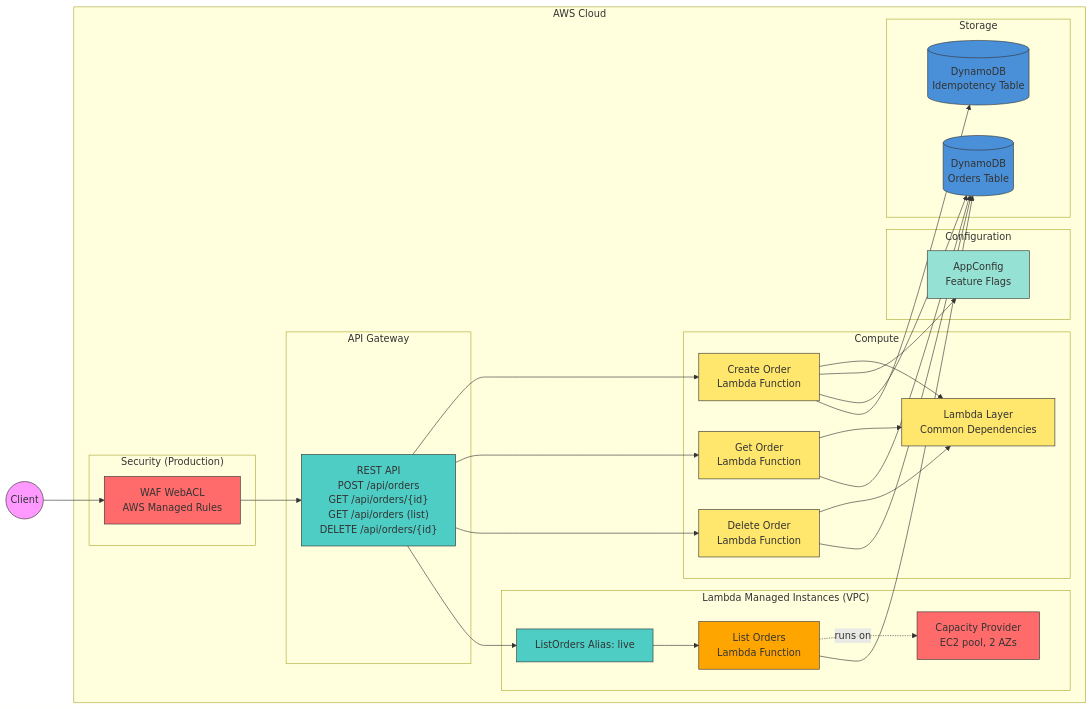
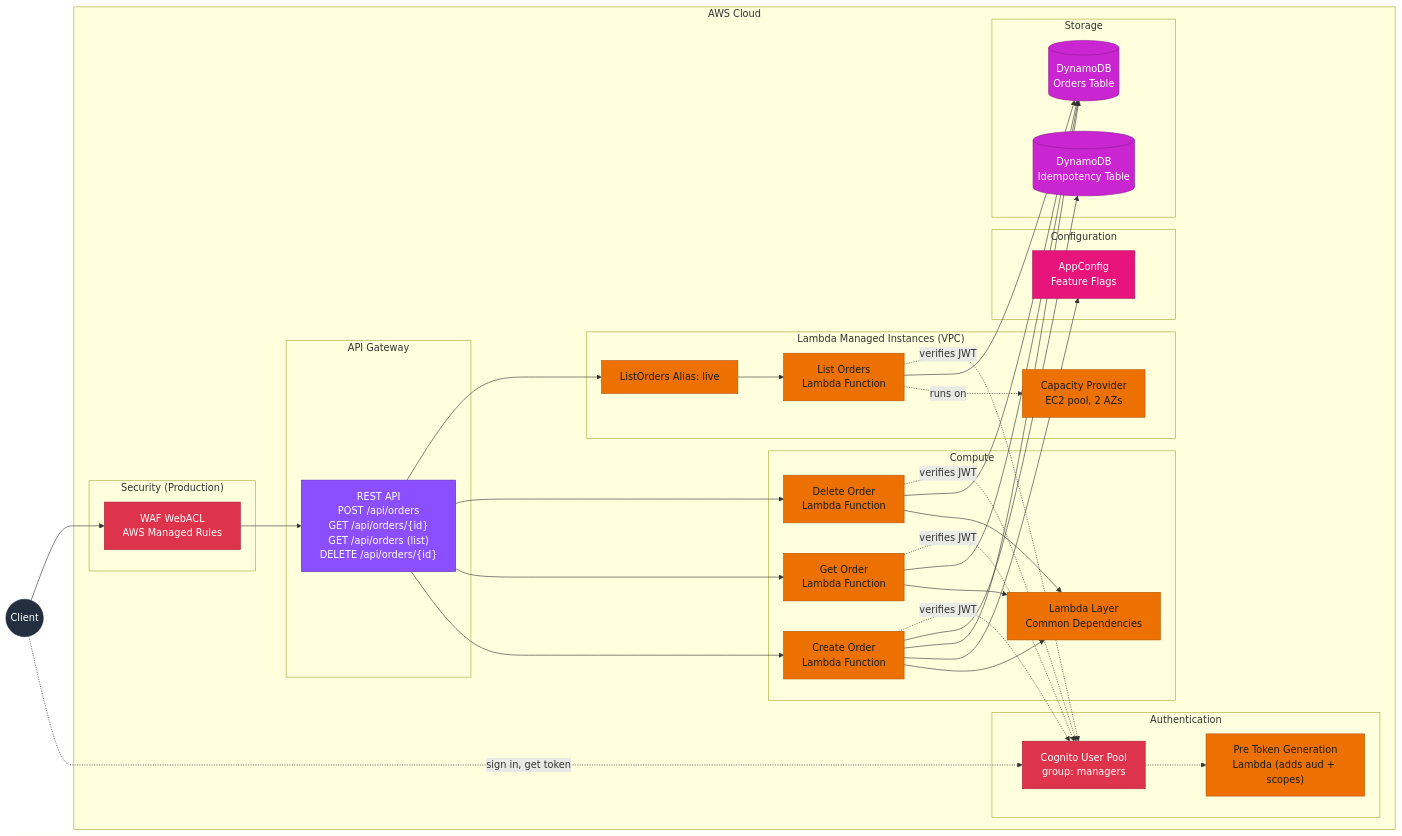
Before and after one commit to ran-isenberg/aws-lambda-handler-cookbook: the first of 2 diagrams in README.md, drawn with Mermaid. The commit also changed other lines of this file and 66 other files, not shown here.

First line of the commit message:
feature: Cognito authentication and per-user order ownership (#1080)

````diff
--- a/README.md
+++ b/README.md
@@ -90,66 +92,76 @@
 ```mermaid
 flowchart LR
     subgraph AWS["AWS Cloud"]
         subgraph APIGW["API Gateway"]
             REST["REST API<br/>POST /api/orders<br/>GET /api/orders/{id}<br/>GET /api/orders (list)<br/>DELETE /api/orders/{id}"]
         end
 
         subgraph Security["Security (Production)"]
             WAF["WAF WebACL<br/>AWS Managed Rules"]
         end
 
         subgraph Compute["Compute"]
             CREATE["Create Order<br/>Lambda Function"]
             GET["Get Order<br/>Lambda Function"]
             DELETE["Delete Order<br/>Lambda Function"]
             LAYER["Lambda Layer<br/>Common Dependencies"]
         end
 
         subgraph LMI["Lambda Managed Instances (VPC)"]
             LIST_ALIAS["ListOrders Alias: live"]
             LIST["List Orders<br/>Lambda Function"]
             CP["Capacity Provider<br/>EC2 pool, 2 AZs"]
         end
 
+        subgraph Auth["Authentication"]
+            COGNITO["Cognito User Pool<br/>group: managers"]
+            PRETOKEN["Pre Token Generation<br/>Lambda (adds aud + scopes)"]
+        end
+
         subgraph Config["Configuration"]
             APPCONFIG["AppConfig<br/>Feature Flags"]
         end
 
         subgraph Storage["Storage"]
             DDB[("DynamoDB<br/>Orders Table")]
             IDEMPOTENCY[("DynamoDB<br/>Idempotency Table")]
         end
     end
 
-    CLIENT((Client)) --> WAF
+    CLIENT((Client)) -.sign in, get token.-> COGNITO
+    COGNITO -.-> PRETOKEN
+    CLIENT --> WAF
     WAF --> REST
     REST --> CREATE
     REST --> GET
     REST --> DELETE
     REST --> LIST_ALIAS
     LIST_ALIAS --> LIST
     LIST -.runs on.-> CP
     CREATE --> LAYER
     GET --> LAYER
     DELETE --> LAYER
     CREATE --> APPCONFIG
     CREATE --> DDB
     CREATE --> IDEMPOTENCY
     GET --> DDB
     DELETE --> DDB
     LIST --> DDB
+    CREATE -.verifies JWT.-> COGNITO
+    GET -.verifies JWT.-> COGNITO
+    DELETE -.verifies JWT.-> COGNITO
+    LIST -.verifies JWT.-> COGNITO
 
-    style CLIENT fill:#f9f,stroke:#333
-    style WAF fill:#ff6b6b,stroke:#333
-    style REST fill:#4ecdc4,stroke:#333
-    style CREATE fill:#ffe66d,stroke:#333
-    style GET fill:#ffe66d,stroke:#333
-    style DELETE fill:#ffe66d,stroke:#333
-    style LAYER fill:#ffe66d,stroke:#333
-    style LIST fill:#ffa500,stroke:#333
-    style LIST_ALIAS fill:#4ecdc4,stroke:#333
-    style CP fill:#ff6b6b,stroke:#333
-    style APPCONFIG fill:#95e1d3,stroke:#333
-    style DDB fill:#4a90d9,stroke:#333
-    style IDEMPOTENCY fill:#4a90d9,stroke:#333
+    classDef client fill:#232F3E,stroke:#232F3E,color:#fff
+    classDef network fill:#8C4FFF,stroke:#5A30B5,color:#fff
+    classDef security fill:#DD344C,stroke:#A3233A,color:#fff
+    classDef compute fill:#ED7100,stroke:#B35500,color:#1b1b1b
+    classDef database fill:#C925D1,stroke:#8F1A95,color:#fff
+    classDef management fill:#E7157B,stroke:#A50F58,color:#fff
+    class CLIENT client
+    class WAF,COGNITO security
+    class REST network
+    class CREATE,GET,DELETE,LAYER,LIST,LIST_ALIAS,CP,PRETOKEN compute
+    class DDB,IDEMPOTENCY database
+    class APPCONFIG management
 ```
````
